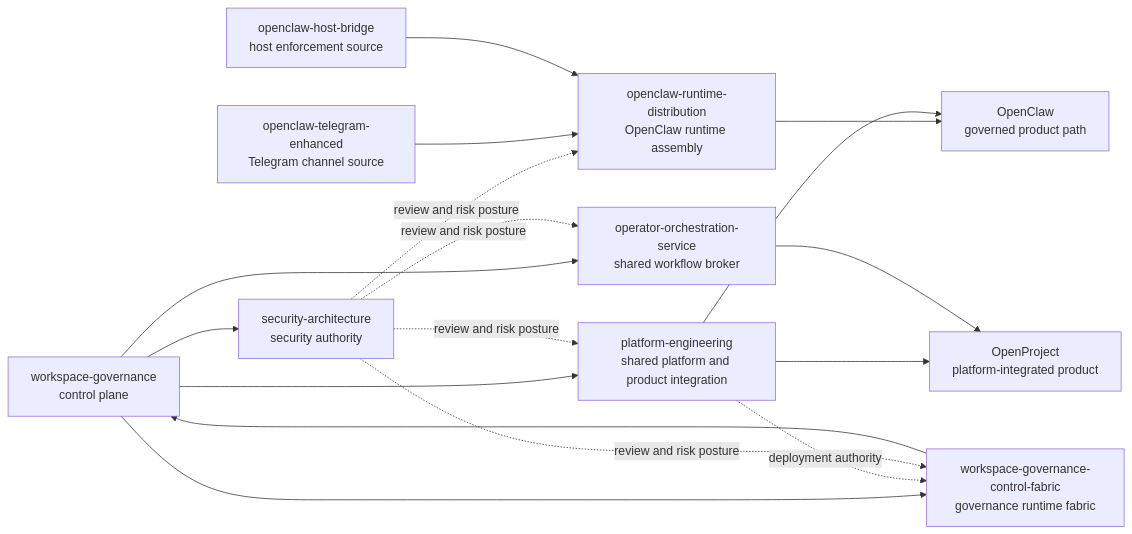
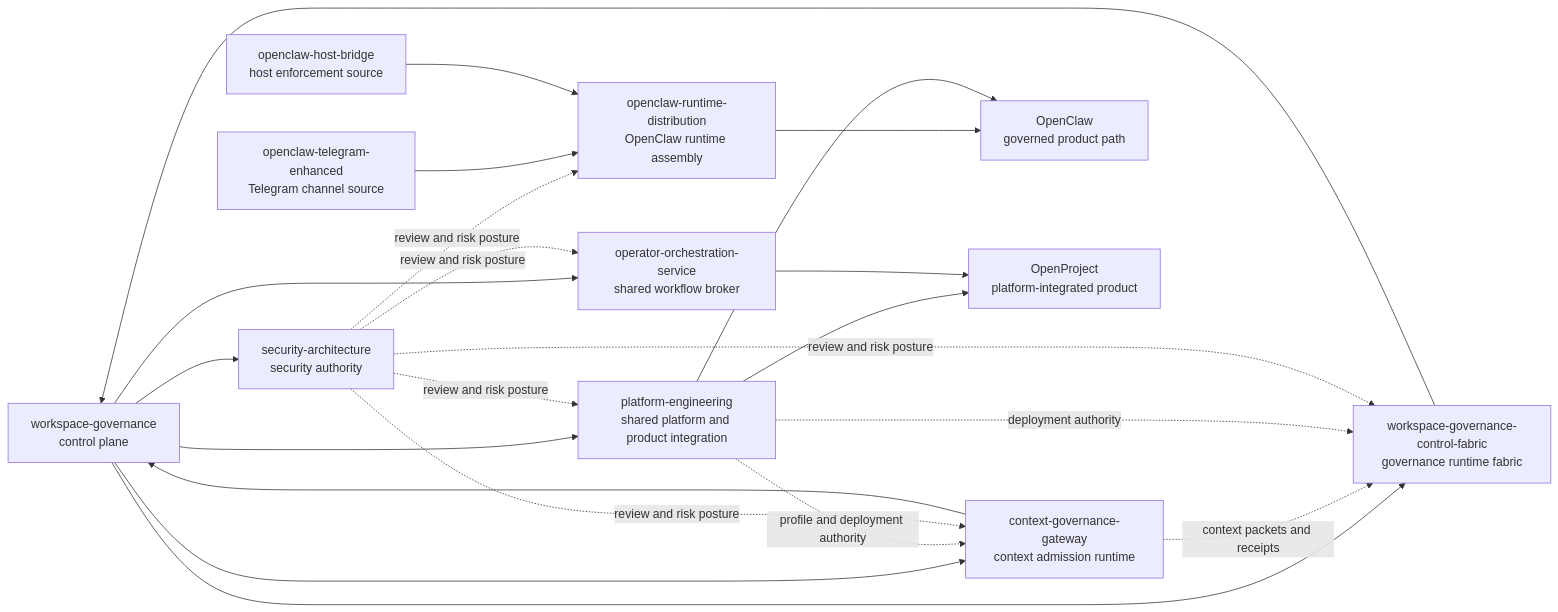
Before and after one commit to mfshaf7/workspace-governance: the first of 2 diagrams in workspace-root/README.md, drawn with Mermaid. The commit also changed other lines of this file and 12 other files, not shown here.

Commit message:
Admit CGG active governance component (#113)

````diff
--- a/workspace-root/README.md
+++ b/workspace-root/README.md
@@ -25,30 +25,36 @@
 ```mermaid
 flowchart LR
     WG[workspace-governance<br/>control plane]
     WGCF[workspace-governance-control-fabric<br/>governance runtime fabric]
+    CGG[context-governance-gateway<br/>context admission runtime]
     SA[security-architecture<br/>security authority]
     PE[platform-engineering<br/>shared platform and product integration]
     OOS[operator-orchestration-service<br/>shared workflow broker]
     OTE[openclaw-telegram-enhanced<br/>Telegram channel source]
     OHB[openclaw-host-bridge<br/>host enforcement source]
     OCRD[openclaw-runtime-distribution<br/>OpenClaw runtime assembly]
     OC[OpenClaw<br/>governed product path]
     OP[OpenProject<br/>platform-integrated product]
 
     WG --> PE
     WG --> OOS
     WG --> SA
     WG --> WGCF
+    WG --> CGG
     WGCF --> WG
+    CGG --> WG
+    CGG -. context packets and receipts .-> WGCF
     PE -. deployment authority .-> WGCF
+    PE -. profile and deployment authority .-> CGG
     SA -. review and risk posture .-> WGCF
+    SA -. review and risk posture .-> CGG
     SA -. review and risk posture .-> PE
     SA -. review and risk posture .-> OOS
     SA -. review and risk posture .-> OCRD
     OTE --> OCRD
     OHB --> OCRD
     OCRD --> OC
     PE --> OC
     PE --> OP
     OOS --> OP
 ```
````
